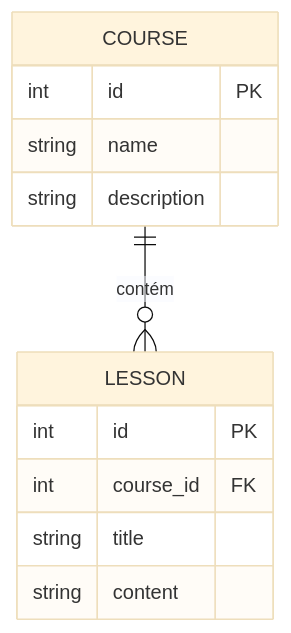
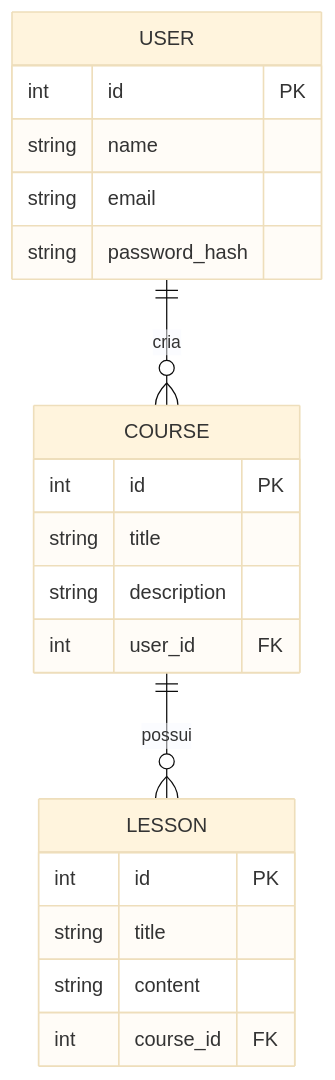
Before and after one commit to GustavoNieri/Rocketseat-node-API: the diagram in README.md, drawn with Mermaid (base theme). The commit also changed other lines of this file and 4 other files, not shown here.

````diff
--- a/README.md
+++ b/README.md
@@ -53,15 +72,23 @@
 ```mermaid
 erDiagram
-    COURSE ||--o{ LESSON : contém
+    USER ||--o{ COURSE : "cria"
+    COURSE ||--o{ LESSON : "possui"
+    USER {
+        int id PK
+        string name
+        string email
+        string password_hash
+    }
     COURSE {
         int id PK
-        string name
+        string title
         string description
+        int user_id FK
     }
     LESSON {
         int id PK
-        int course_id FK
         string title
         string content
+        int course_id FK
     }
 ```
````
